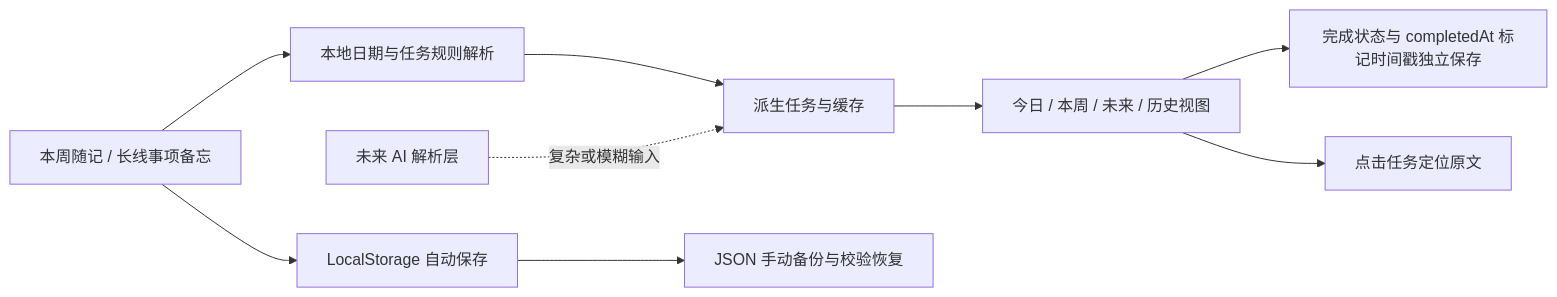
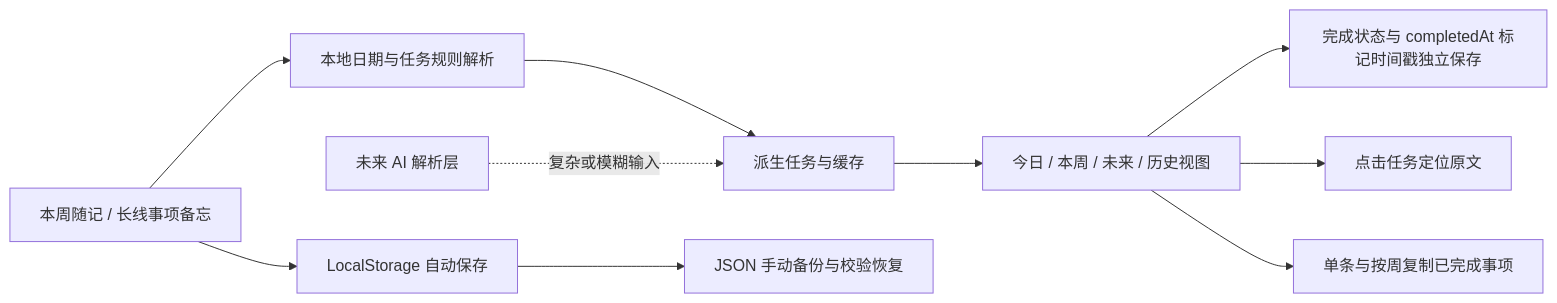
The diagram in docs/DECISIONS_AND_ARCHITECTURE.md (yadingW/ddl-assistant), drawn with Mermaid before and after one commit. The commit also changed other lines of this file and 8 other files, not shown here.

````diff
--- a/docs/DECISIONS_AND_ARCHITECTURE.md
+++ b/docs/DECISIONS_AND_ARCHITECTURE.md
@@ -215,11 +226,12 @@
 ```mermaid
 flowchart LR
     A[本周随记 / 长线事项备忘] --> B[LocalStorage 自动保存]
     A --> C[本地日期与任务规则解析]
     C --> D[派生任务与缓存]
     D --> E[今日 / 本周 / 未来 / 历史视图]
     E --> F[完成状态与 completedAt 标记时间戳独立保存]
     E --> G[点击任务定位原文]
+    E --> J[单条与按周复制已完成事项]
     B --> H[JSON 手动备份与校验恢复]
     I[未来 AI 解析层] -.复杂或模糊输入.-> D
 ```
````
